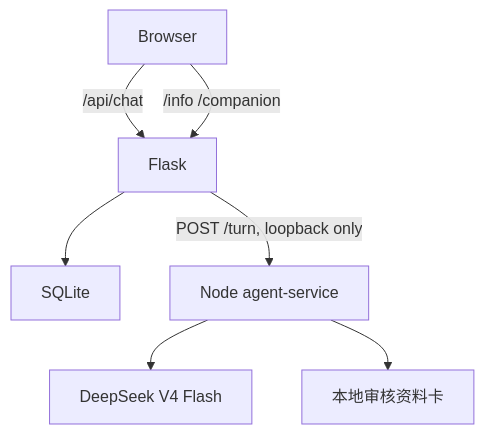
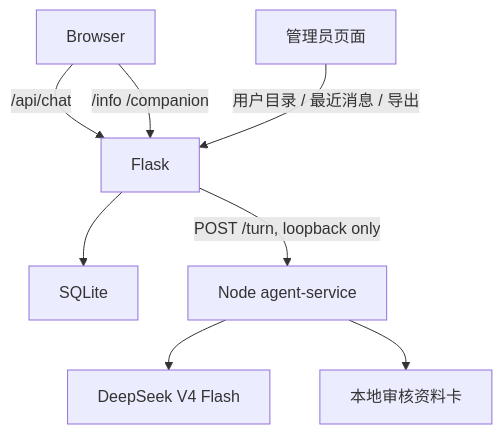
One commit to Tilams-stu/Lingxinxiaokai changed the diagram in docs/architecture.md. Above: the diagram before and after it, drawn with Mermaid. The commit also changed other lines of this file and 33 other files, not shown here.

````diff
--- a/docs/architecture.md
+++ b/docs/architecture.md
@@ -3,9 +3,10 @@
 ```mermaid
 flowchart TD
   Browser -->|/api/chat| Flask
   Browser -->|/info /companion| Flask
+  Admin[管理员页面] -->|用户目录 / 最近消息 / 导出| Flask
   Flask --> SQLite
   Flask -->|POST /turn, loopback only| Pi[Node agent-service]
   Pi --> DeepSeek[DeepSeek V4 Flash]
   Pi --> Cards[本地审核资料卡]
 ```
````
